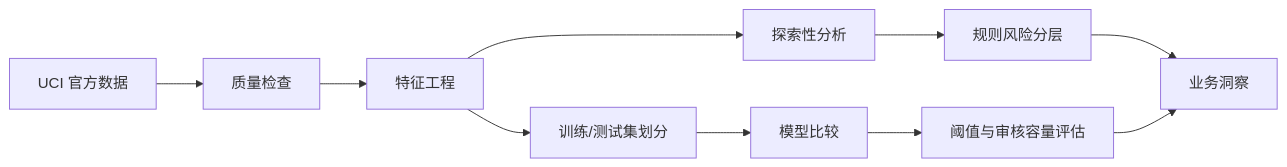
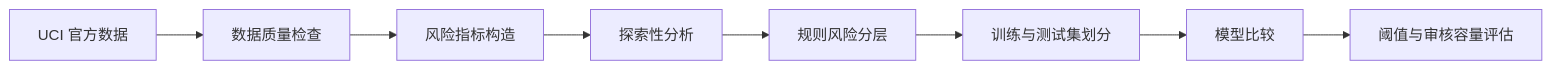
One commit to zzhhmm26/credit-default-risk-analysis changed the diagram in README.md. Above: the diagram before and after it, drawn with Mermaid. The commit also changed other lines of this file, not shown here.

First line of the commit message:
Restore analysis-first README flow

````diff
--- a/README.md
+++ b/README.md
@@ -104,12 +136,10 @@
 ```mermaid
 flowchart LR
-    A[UCI 官方数据] --> B[质量检查]
-    B --> C[特征工程]
+    A[UCI 官方数据] --> B[数据质量检查]
+    B --> C[风险指标构造]
     C --> D[探索性分析]
     D --> E[规则风险分层]
-    C --> F[训练/测试集划分]
+    E --> F[训练与测试集划分]
     F --> G[模型比较]
     G --> H[阈值与审核容量评估]
-    E --> I[业务洞察]
-    H --> I
 ```
````
